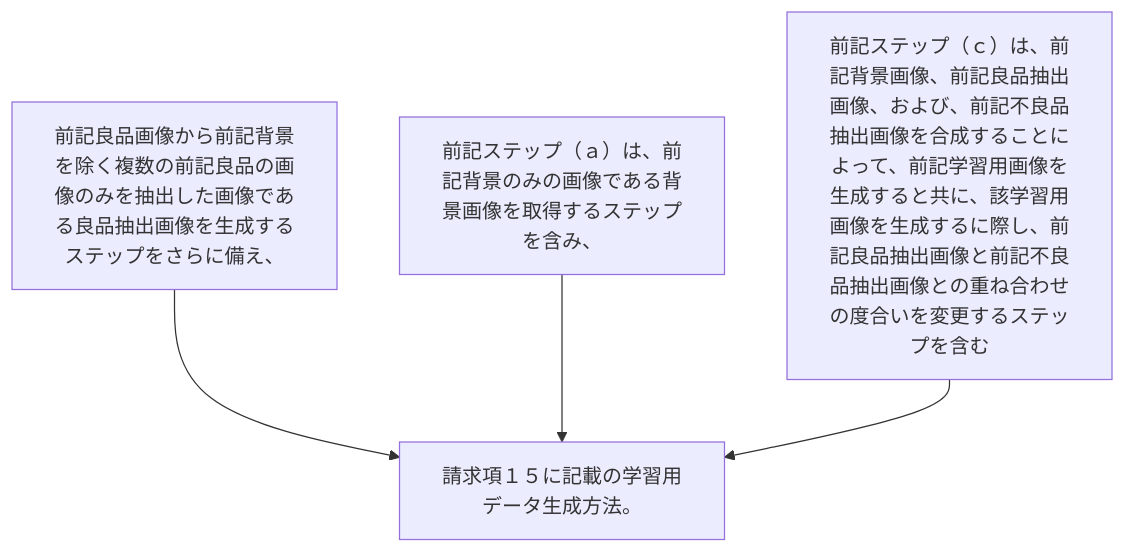
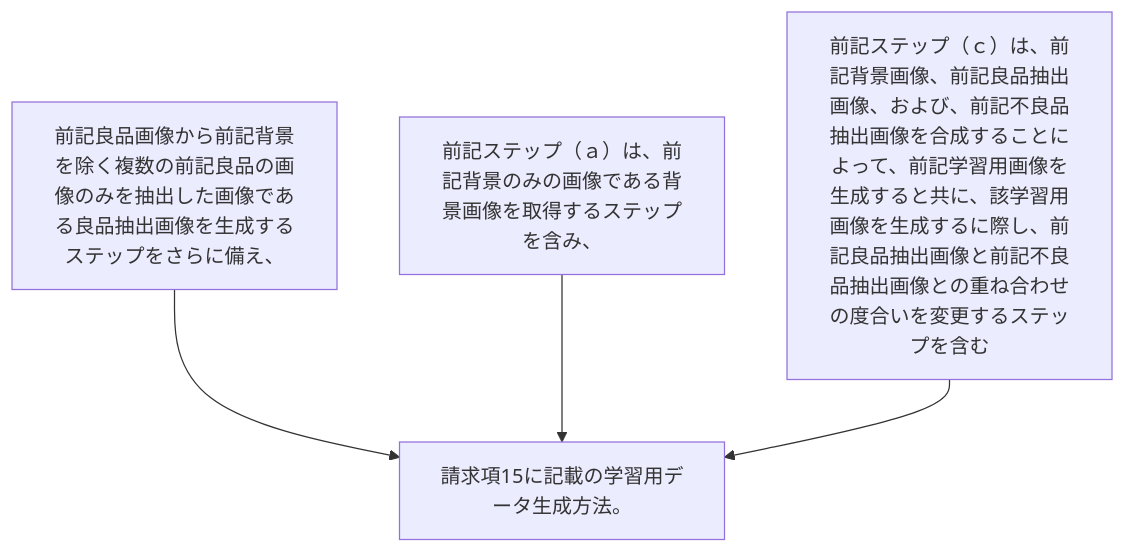
Before and after one commit to shinmori55/patent_analyzed: the diagram in 2024/JP2024000284A/claim_17/README.md, drawn with Mermaid. The commit also changed 25 other files, not shown here.

````diff
--- a/2024/JP2024000284A/claim_17/README.md
+++ b/2024/JP2024000284A/claim_17/README.md
@@ -5,10 +5,10 @@
 ```mermaid
 flowchart TD
 A[前記良品画像から前記背景を除く複数の前記良品の画像のみを抽出した画像である良品抽出画像を生成するステップをさらに備え、]
 B[前記ステップ（ａ）は、前記背景のみの画像である背景画像を取得するステップを含み、]
 C[前記ステップ（ｃ）は、前記背景画像、前記良品抽出画像、および、前記不良品抽出画像を合成することによって、前記学習用画像を生成すると共に、該学習用画像を生成するに際し、前記良品抽出画像と前記不良品抽出画像との重ね合わせの度合いを変更するステップを含む]
-D[請求項１５に記載の学習用データ生成方法。]
+D[請求項15に記載の学習用データ生成方法。]
 A --> D
 B --> D
 C --> D
 ```
````
